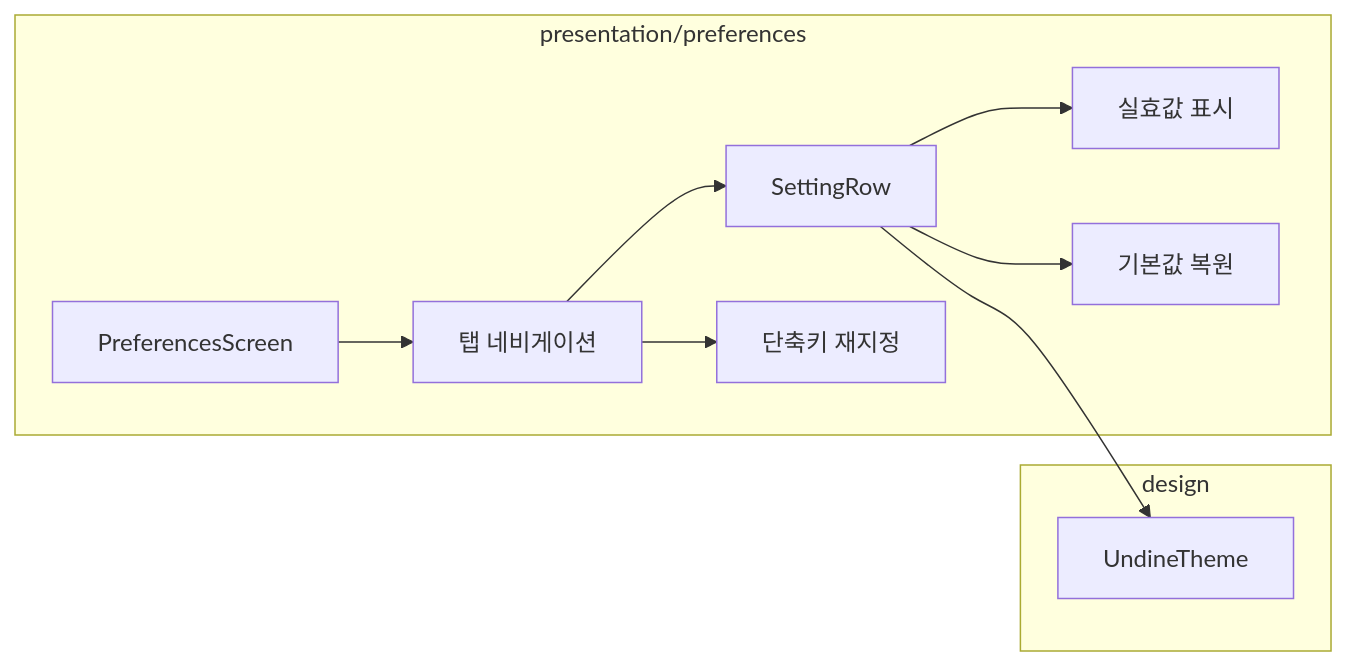
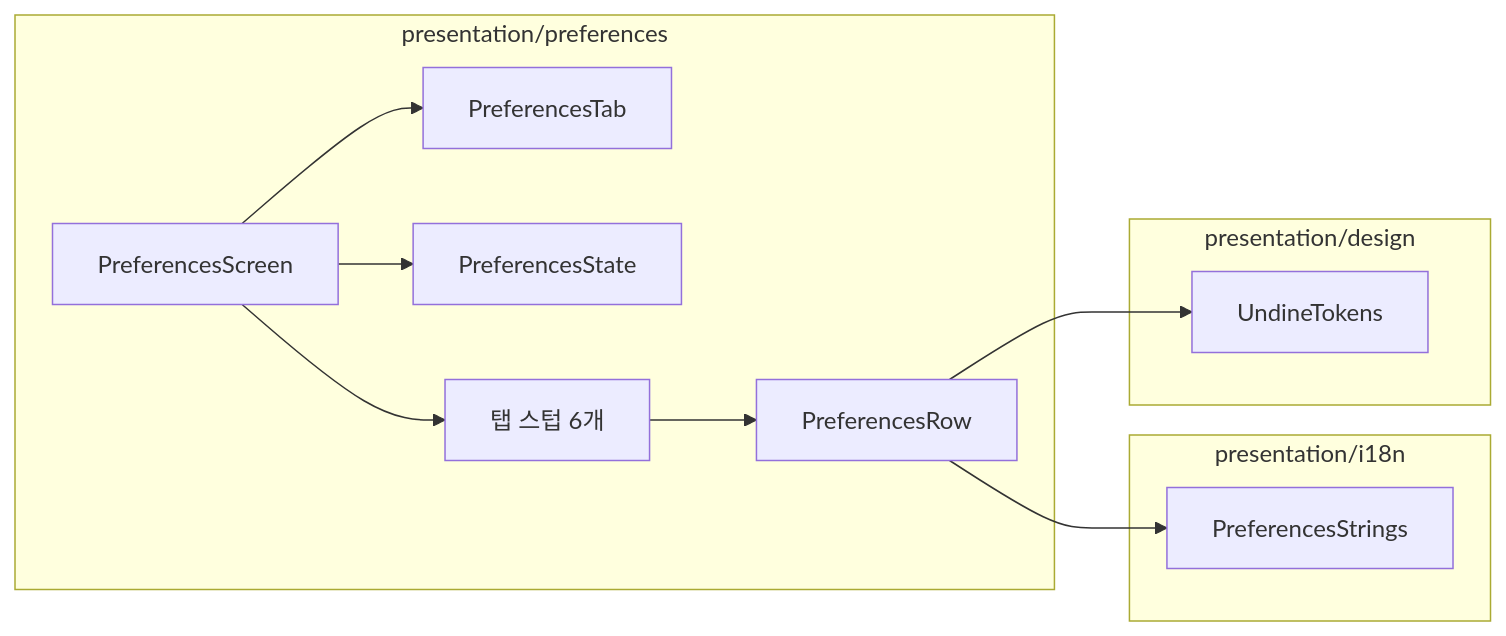
Before and after one commit to biuea3866/gitkraken-clone-app: the second of 2 diagrams in tickets/UND-40-preferences-screen.md, drawn with Mermaid. The commit also changed other lines of this file and 7 other files, not shown here.

````diff
--- a/tickets/UND-40-preferences-screen.md
+++ b/tickets/UND-40-preferences-screen.md
@@ -56,20 +59,22 @@
 ```mermaid
 flowchart LR
     subgraph pref["presentation/preferences"]
         Screen[PreferencesScreen]
-        Tabs[탭 네비게이션]
-        Row[SettingRow]
-        Effective[실효값 표시]
-        KeyEdit[단축키 재지정]
-        Reset[기본값 복원]
+        Tab[PreferencesTab]
+        State[PreferencesState]
+        Row[PreferencesRow]
+        Stub[탭 스텁 6개]
     end
-    subgraph design
-        Theme[UndineTheme]
+    subgraph i18n["presentation/i18n"]
+        Strings[PreferencesStrings]
     end
-    Screen --> Tabs
-    Tabs --> Row
-    Row --> Effective
-    Row --> Reset
-    Tabs --> KeyEdit
+    subgraph design["presentation/design"]
+        Theme[UndineTokens]
+    end
+    Screen --> Tab
+    Screen --> State
+    Screen --> Stub
+    Stub --> Row
     Row --> Theme
+    Row --> Strings
 ```
````
